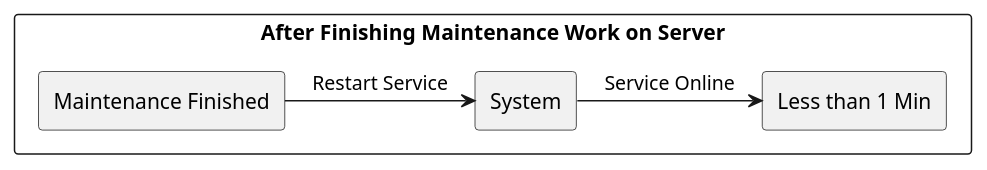
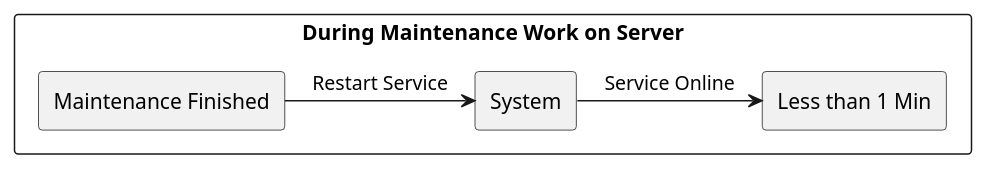
Before and after one commit to USI-MSDE-SA-2023/sa--edoriggio: the fourth of 11 diagrams in src/sa/model/index.md, drawn with PlantUML. The commit also changed other lines of this file, not shown here.

````diff
--- a/src/sa/model/index.md
+++ b/src/sa/model/index.md
@@ -213,20 +193,20 @@
 ```puml
 @startuml
 
 skinparam componentStyle rectangle
 skinparam monochrome true
 skinparam shadowing false
 
-rectangle "After Finishing Maintenance Work on Server" {
+rectangle "During Maintenance Work on Server" {
 
 rectangle "Maintenance Finished" as Source
 rectangle "Less than 1 Min" as Measure
 
 Source -> [System] : "Restart Service"
 
 [System] -> [Measure] : "Service Online"
 
 }
 
 @enduml
 ```
````
